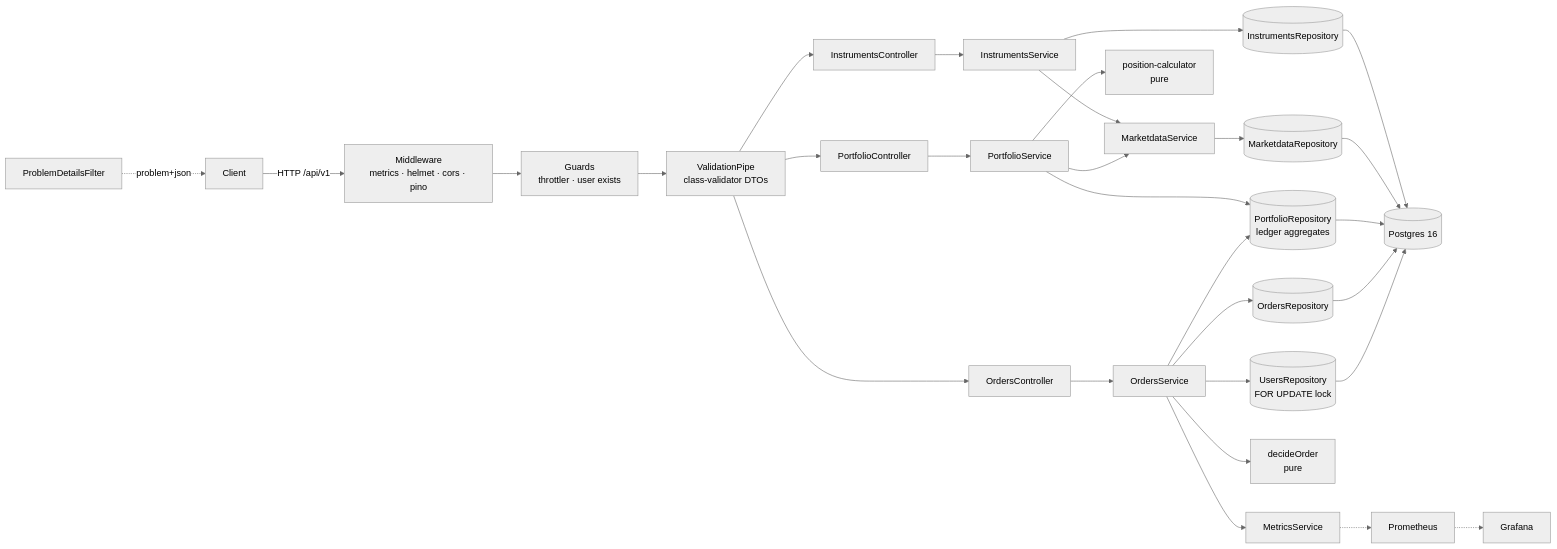
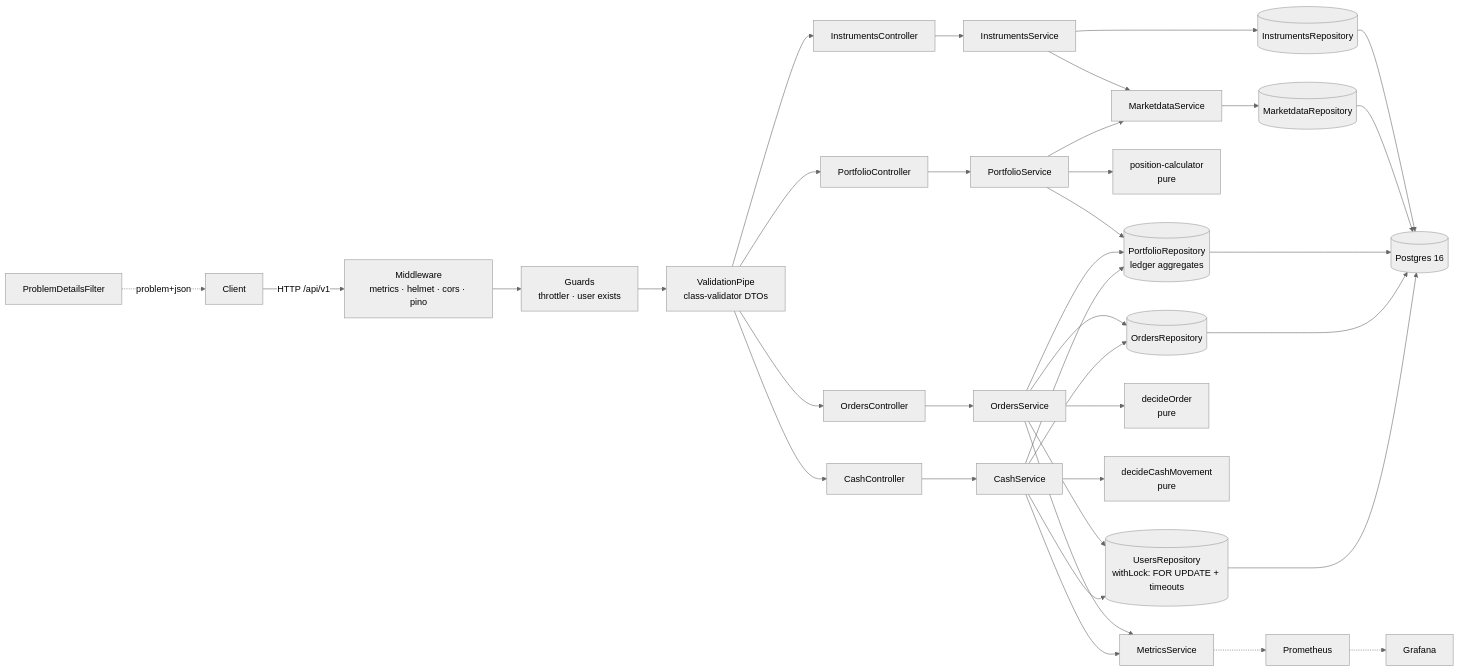
Before and after one commit to emariotti3/cocos-challenge-emariotti3: the second of 3 diagrams in README.md, drawn with Mermaid (neutral theme). The commit also changed other lines of this file and 60 other files, not shown here.

````diff
--- a/README.md
+++ b/README.md
@@ -151,19 +186,23 @@
 ```mermaid
 flowchart LR
   C[Client] -->|HTTP /api/v1| M[Middleware<br/>metrics · helmet · cors · pino]
   M --> G[Guards<br/>throttler · user exists]
   G --> V[ValidationPipe<br/>class-validator DTOs]
-  V --> IC[InstrumentsController] & PC[PortfolioController] & OC[OrdersController]
+  V --> IC[InstrumentsController] & PC[PortfolioController] & OC[OrdersController] & CC[CashController]
   IC --> IS[InstrumentsService] --> IR[(InstrumentsRepository)]
   IS --> MS[MarketdataService] --> MR[(MarketdataRepository)]
   PC --> PS[PortfolioService] --> PR[(PortfolioRepository<br/>ledger aggregates)]
   PS --> MS
   PS --> PCALC[position-calculator<br/>pure]
   OC --> OS[OrdersService] --> OR[(OrdersRepository)]
   OS --> PR
-  OS --> UR[(UsersRepository<br/>FOR UPDATE lock)]
+  OS --> UR[(UsersRepository<br/>withLock: FOR UPDATE + timeouts)]
   OS --> DEC[decideOrder<br/>pure]
+  CC --> CS[CashService] --> OR
+  CS --> PR
+  CS --> UR
+  CS --> CDEC[decideCashMovement<br/>pure]
   IR & MR & PR & OR & UR --> DB[(Postgres 16)]
   X[ProblemDetailsFilter] -.->|problem+json| C
-  OS --> MET[MetricsService] -.-> PROM[Prometheus] -.-> GRAF[Grafana]
+  OS & CS --> MET[MetricsService] -.-> PROM[Prometheus] -.-> GRAF[Grafana]
 ```
````
